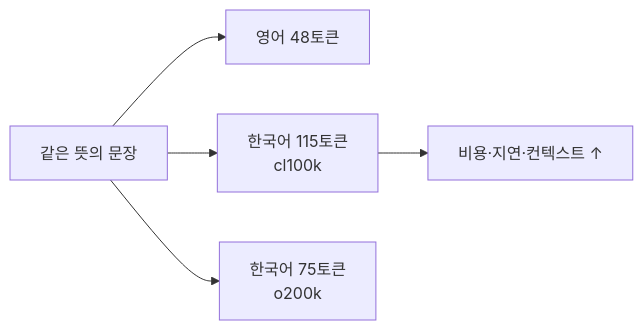
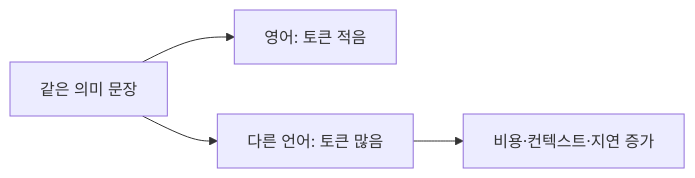
One commit to wjdgks7178/ai-mindmap changed the first of 2 diagrams in articles/token-cost-language.md. Above: the diagram before and after it, drawn with Mermaid. The commit also changed other lines of this file and 3 other files, not shown here.

````diff
--- a/articles/token-cost-language.md
+++ b/articles/token-cost-language.md
@@ -22,7 +17,6 @@
 ```mermaid
 flowchart LR
-  T["같은 뜻의 문장"] --> EN["영어 48토큰"]
-  T --> KO1["한국어 115토큰<br/>cl100k"]
-  T --> KO2["한국어 75토큰<br/>o200k"]
-  KO1 --> C["비용·지연·컨텍스트 ↑"]
+  T["같은 의미 문장"] --> E["영어: 토큰 적음"]
+  T --> K["다른 언어: 토큰 많음"]
+  K --> C["비용·컨텍스트·지연 증가"]
 ```
````
